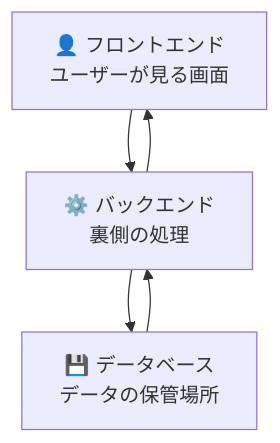
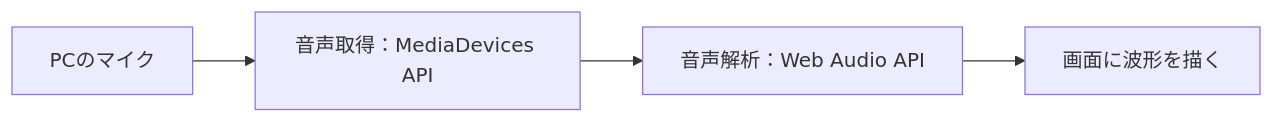
One commit to Creative-Cucumbers/co-creation-with-genai changed the first of 3 diagrams in 2026/5_webapp_dev_with_ai2/readme.md. Above: the diagram before and after it, drawn with Mermaid. The commit also changed other lines of this file and 12 other files, not shown here.

````diff
--- a/2026/5_webapp_dev_with_ai2/readme.md
+++ b/2026/5_webapp_dev_with_ai2/readme.md
@@ -137,7 +299,6 @@
 ```mermaid
-graph TB
-    A[👤 フロントエンド<br/>ユーザーが見る画面] --> B[⚙️ バックエンド<br/>裏側の処理]
-    B --> C[💾 データベース<br/>データの保管場所]
-    C --> B
-    B --> A
+flowchart LR
+  A[PCのマイク] --> B["音声取得：MediaDevices API"]
+  B --> C["音声解析：Web Audio API"]
+  C --> D[画面に波形を描く]
 ```
````
